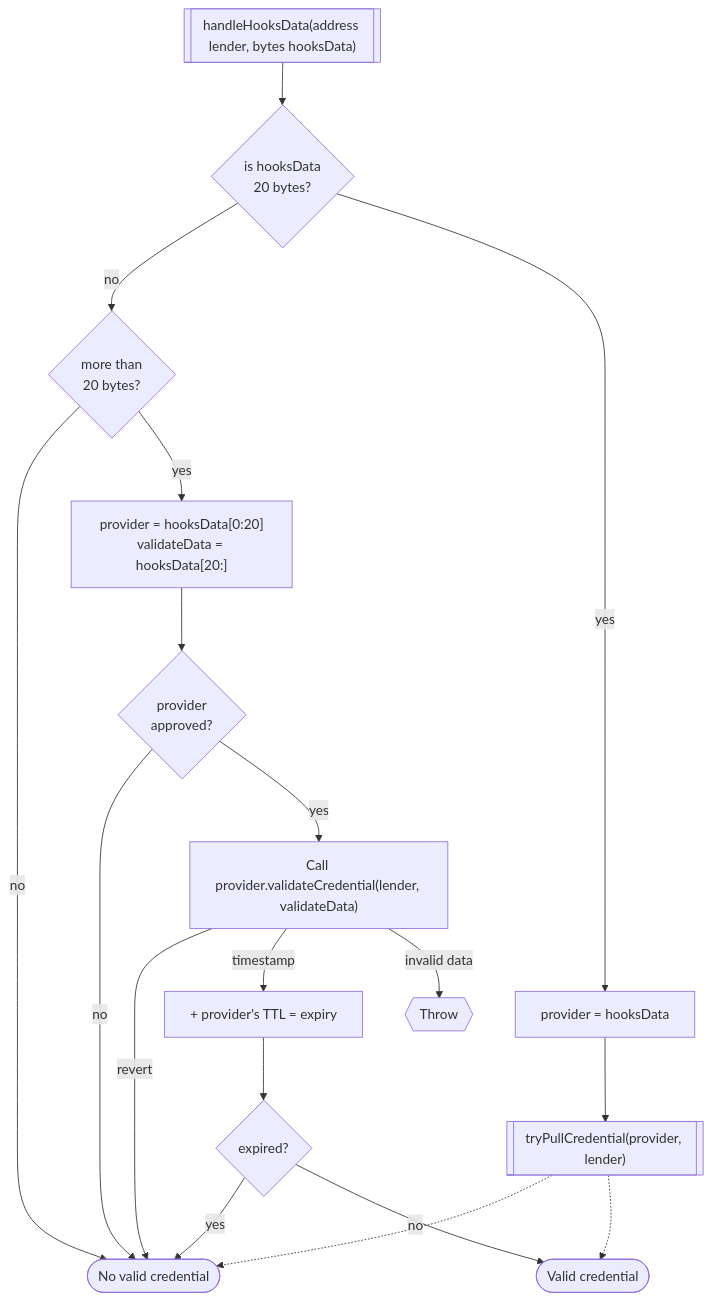
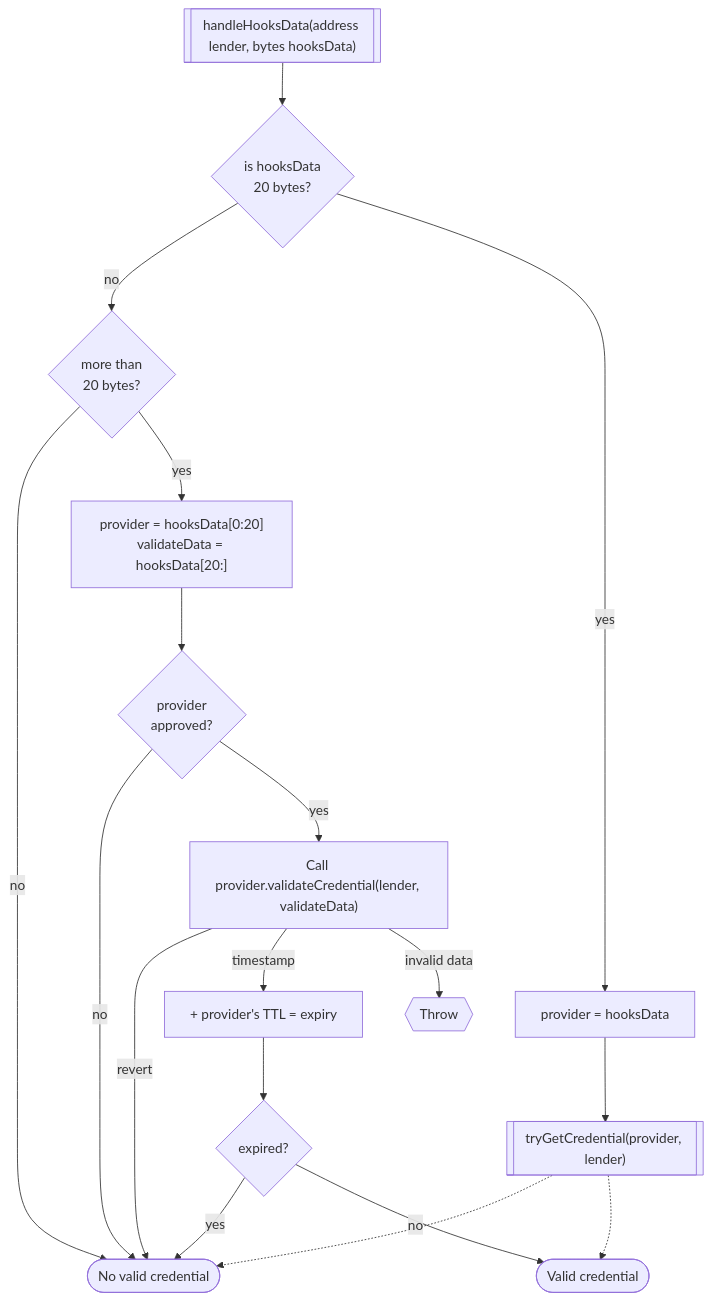
One commit to code-423n4/2024-08-wildcat changed the third of 3 diagrams in docs/hooks/templates/Access Control Hooks.md. Above: the diagram before and after it, drawn with Mermaid. The commit also changed other lines of this file and 2 other files, not shown here.

Commit message:
further hooks documentation improvements

````diff
--- a/docs/hooks/templates/Access Control Hooks.md
+++ b/docs/hooks/templates/Access Control Hooks.md
@@ -160,18 +236,18 @@
 ```mermaid
 flowchart TD
     handleData[["handleHooksData(address lender, bytes hooksData)"]] --> check20Bytes{is hooksData\n20 bytes?}
     check20Bytes -- no --> checkMoreThan20Bytes{more than\n20 bytes?}
     checkMoreThan20Bytes -- no --> invalidCredential([No valid credential])
     checkMoreThan20Bytes -- yes --> extractProviderAndData["provider = hooksData[0:20]\nvalidateData = hooksData[20:]"]
     extractProviderAndData --> isProviderApproved{provider\n approved?}
     isProviderApproved -- no --> invalidCredential
     isProviderApproved -- yes --> callValidateCredential["Call provider.validateCredential(lender, validateData)"]
     callValidateCredential -- revert --> invalidCredential
     callValidateCredential -- timestamp --> calculateExpiry["+ provider's TTL = expiry"] --> checkExpiry{expired?}
     callValidateCredential -- invalid data --> throwError{{Throw}}
     checkExpiry -- yes --> invalidCredential
     checkExpiry -- no --> validCredential([Valid credential])
-    check20Bytes -- yes --> extractProvider["provider = hooksData"] --> callPullCredential[["tryPullCredential(provider, lender)"]]
+    check20Bytes -- yes --> extractProvider["provider = hooksData"] --> callPullCredential[["tryGetCredential(provider, lender)"]]
     callPullCredential -.-> invalidCredential
     callPullCredential -.-> validCredential
 ```
````
